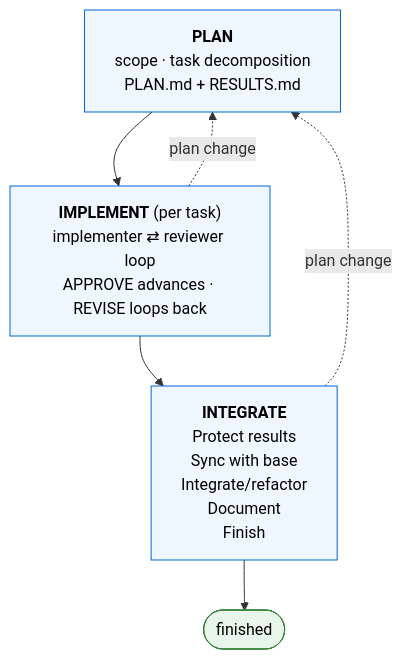
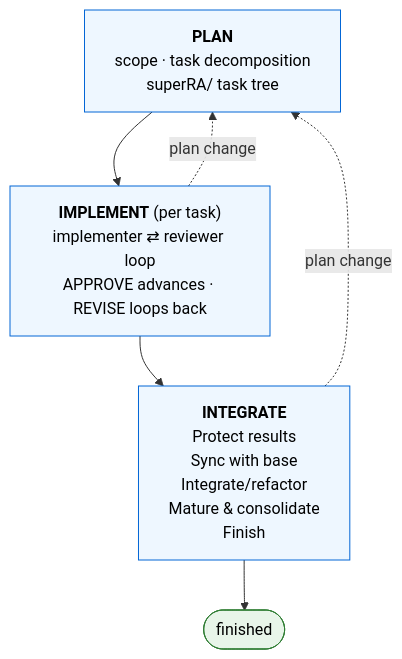
One commit to FuZhiyu/superRA changed the diagram in README.md. Above: the diagram before and after it, drawn with Mermaid. The commit also changed other lines of this file and 311 other files, not shown here.

````diff
--- a/README.md
+++ b/README.md
@@ -32,19 +28,19 @@
 ```mermaid
 flowchart TB
-    PLAN["<b>PLAN</b><br/>scope · task decomposition<br/>PLAN.md + RESULTS.md"]
+    PLAN["<b>PLAN</b><br/>scope · task decomposition<br/>superRA/ task tree"]
     IMPLEMENT["<b>IMPLEMENT</b> (per task)<br/>implementer ⇄ reviewer loop<br/>APPROVE advances · REVISE loops back"]
-    INTEGRATE["<b>INTEGRATE</b><br/>Protect results <br/>Sync with base<br/>Integrate/refactor<br/>Document<br/>Finish"]
+    INTEGRATE["<b>INTEGRATE</b><br/>Protect results <br/>Sync with base<br/>Integrate/refactor<br/>Mature & consolidate<br/>Finish"]
     FINISHED(["finished"])
 
     PLAN --> IMPLEMENT
     IMPLEMENT --> INTEGRATE
     INTEGRATE --> FINISHED
 
     IMPLEMENT -. "plan change" .-> PLAN
     INTEGRATE -. "plan change" .-> PLAN
 
     classDef phase fill:#eef7ff,stroke:#0366d6,color:#000
     classDef terminal fill:#e8f5e9,stroke:#2e7d32,color:#000
     class PLAN,IMPLEMENT,INTEGRATE phase
     class FINISHED terminal
 ```
````
